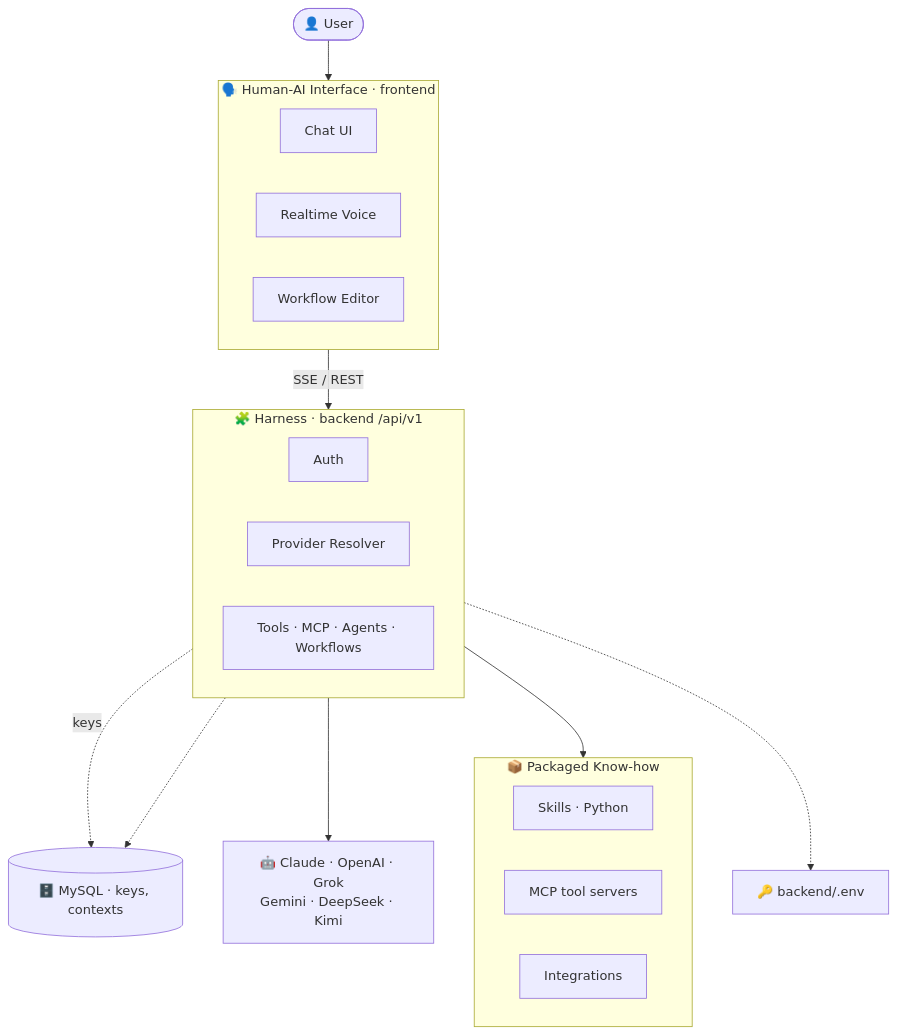
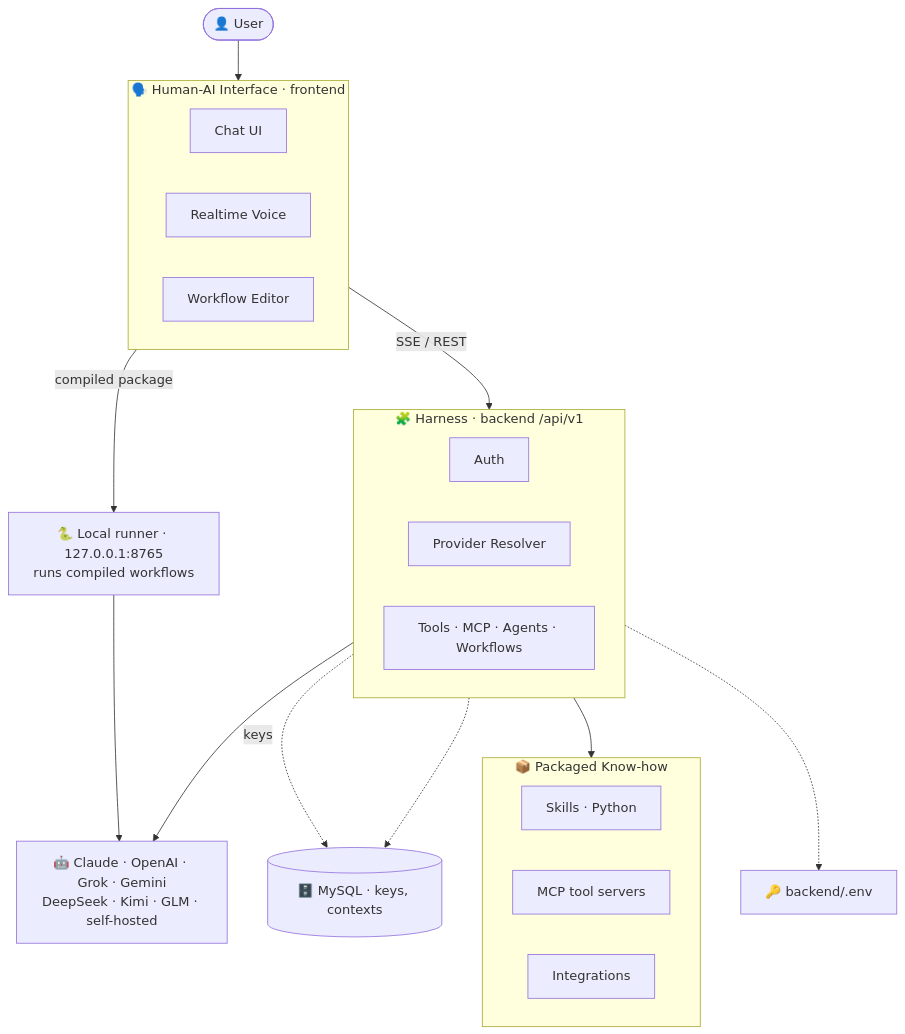
The diagram in README.md (didierphmartin/gpt), drawn with Mermaid before and after one commit. The commit also changed other lines of this file and 3 other files, not shown here.

````diff
--- a/README.md
+++ b/README.md
@@ -40,37 +47,40 @@
 ```mermaid
 graph TD
     User(["👤 User"])
 
     subgraph UI["🗣️ Human-AI Interface · frontend"]
         direction LR
         Chat["Chat UI"]
         Voice["Realtime Voice"]
         Flow["Workflow Editor"]
     end
 
     subgraph Harness["🧩 Harness · backend /api/v1"]
         direction LR
         Auth["Auth"]
         Resolver["Provider Resolver"]
         Exec["Tools · MCP · Agents · Workflows"]
     end
 
     subgraph Know["📦 Packaged Know-how"]
         direction LR
         SkillsK["Skills · Python"]
         ToolsK["MCP tool servers"]
         Integ["Integrations"]
     end
 
-    Providers["🤖 Claude · OpenAI · Grok<br/>Gemini · DeepSeek · Kimi"]
+    Providers["🤖 Claude · OpenAI · Grok · Gemini<br/>DeepSeek · Kimi · GLM · self-hosted"]
     Store[("🗄️ MySQL · keys, contexts")]
     Secrets["🔑 backend/.env"]
+    Runner["🐍 Local runner · 127.0.0.1:8765<br/>runs compiled workflows"]
 
     User --> UI
     UI -->|"SSE / REST"| Harness
     Harness --> Providers
     Exec --> Know
     Resolver -.->|keys| Store
     Auth -.-> Store
     Harness -.-> Secrets
+    Flow -->|"compiled package"| Runner
+    Runner --> Providers
 ```
````
